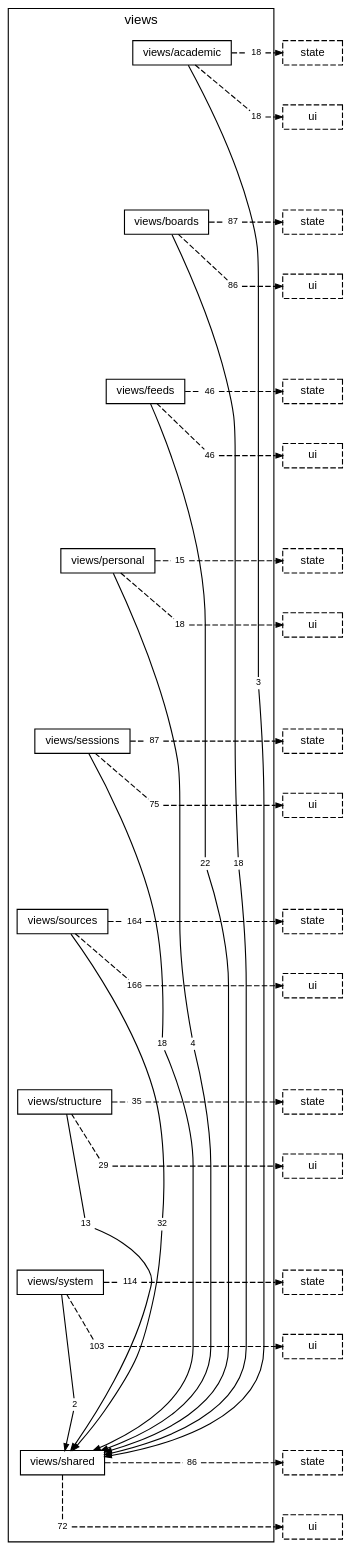
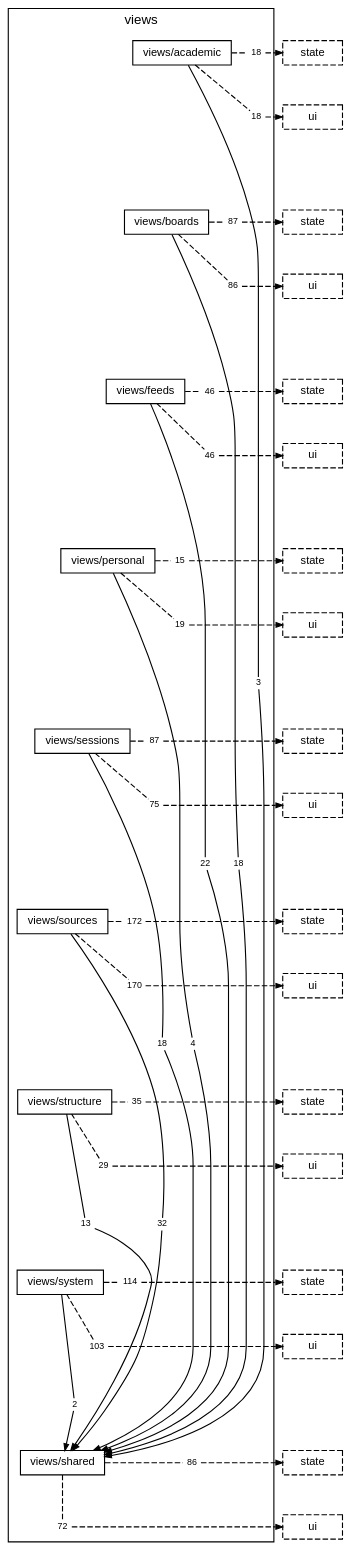
One commit to TheAxeC/oculus changed the diagram in docs/diagrams/layer-views.dot. Above: the diagram before and after it, drawn with Graphviz. The commit also changed 100 other files, not shown here.

```diff
--- a/docs/diagrams/layer-views.dot
+++ b/docs/diagrams/layer-views.dot
@@ -24,13 +24,13 @@
         "folder views/feeds to layer ui" [label="46", shape=box, color="transparent", fontsize=8, width=0, height=0, margin="0.04,0.02"];
         "folder views/personal to folder views/shared" [label="4", shape=box, color="transparent", fontsize=8, width=0, height=0, margin="0.04,0.02"];
         "folder views/personal to layer state" [label="15", shape=box, color="transparent", fontsize=8, width=0, height=0, margin="0.04,0.02"];
-        "folder views/personal to layer ui" [label="18", shape=box, color="transparent", fontsize=8, width=0, height=0, margin="0.04,0.02"];
+        "folder views/personal to layer ui" [label="19", shape=box, color="transparent", fontsize=8, width=0, height=0, margin="0.04,0.02"];
         "folder views/sessions to folder views/shared" [label="18", shape=box, color="transparent", fontsize=8, width=0, height=0, margin="0.04,0.02"];
         "folder views/sessions to layer state" [label="87", shape=box, color="transparent", fontsize=8, width=0, height=0, margin="0.04,0.02"];
         "folder views/sessions to layer ui" [label="75", shape=box, color="transparent", fontsize=8, width=0, height=0, margin="0.04,0.02"];
         "folder views/sources to folder views/shared" [label="32", shape=box, color="transparent", fontsize=8, width=0, height=0, margin="0.04,0.02"];
-        "folder views/sources to layer state" [label="164", shape=box, color="transparent", fontsize=8, width=0, height=0, margin="0.04,0.02"];
-        "folder views/sources to layer ui" [label="166", shape=box, color="transparent", fontsize=8, width=0, height=0, margin="0.04,0.02"];
+        "folder views/sources to layer state" [label="172", shape=box, color="transparent", fontsize=8, width=0, height=0, margin="0.04,0.02"];
+        "folder views/sources to layer ui" [label="170", shape=box, color="transparent", fontsize=8, width=0, height=0, margin="0.04,0.02"];
         "folder views/structure to folder views/shared" [label="13", shape=box, color="transparent", fontsize=8, width=0, height=0, margin="0.04,0.02"];
         "folder views/structure to layer state" [label="35", shape=box, color="transparent", fontsize=8, width=0, height=0, margin="0.04,0.02"];
         "folder views/structure to layer ui" [label="29", shape=box, color="transparent", fontsize=8, width=0, height=0, margin="0.04,0.02"];
```
